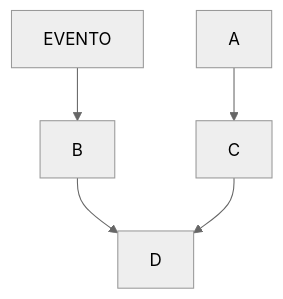
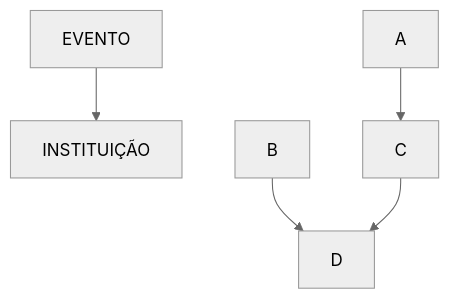
The diagram in 00 - Aulas/Aula 24.03.2025.md (ericmds/ProjetoBancoDeDados), drawn with Mermaid (neutral theme) before and after one commit.

Commit message:
Update Aula 24.03.2025.md

````diff
--- a/00 - Aulas/Aula 24.03.2025.md
+++ b/00 - Aulas/Aula 24.03.2025.md
@@ -61,7 +61,7 @@
 ```mermaid
 graph TD;
-    EVENTO-->B;
+    EVENTO-->INSTITUIÇÃO;
     A-->C;
     B-->D;
     C-->D;
 ```
````
